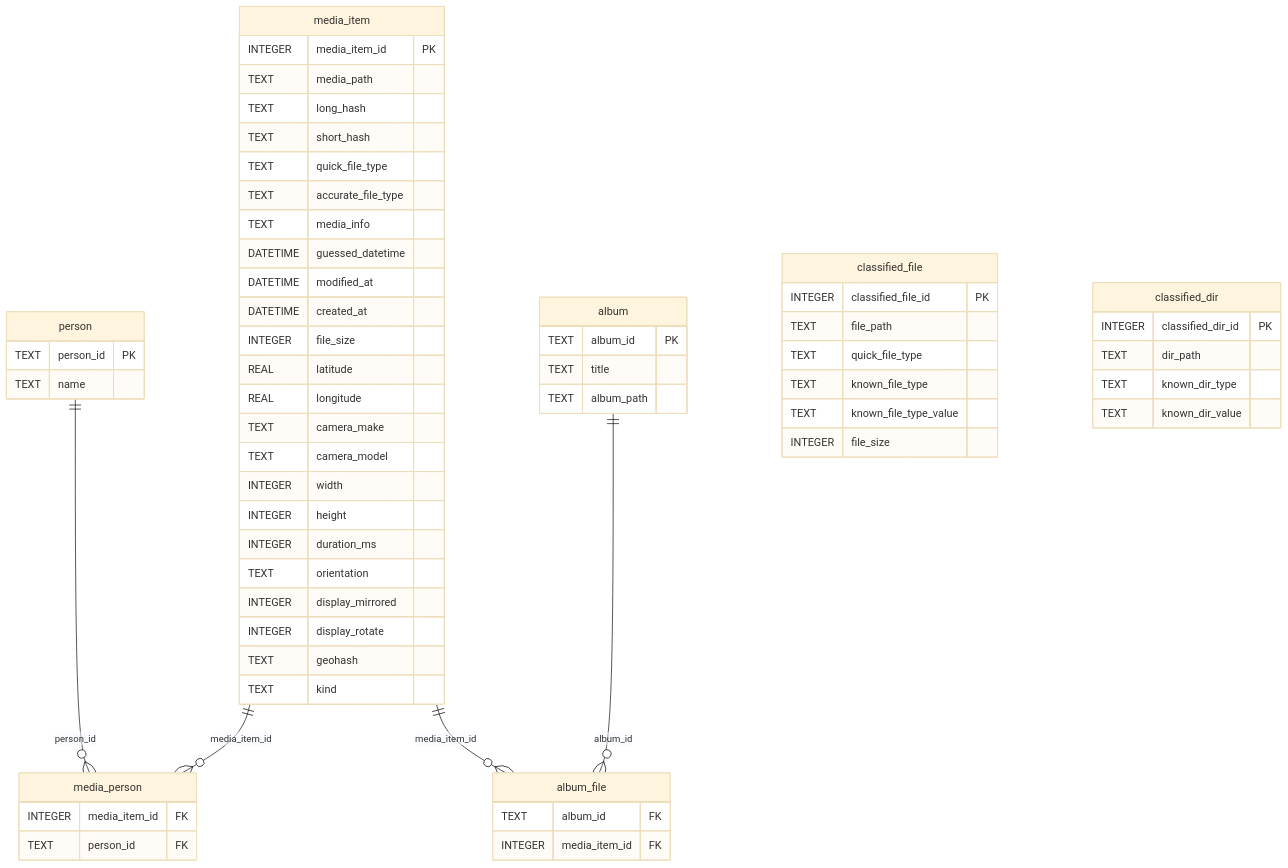
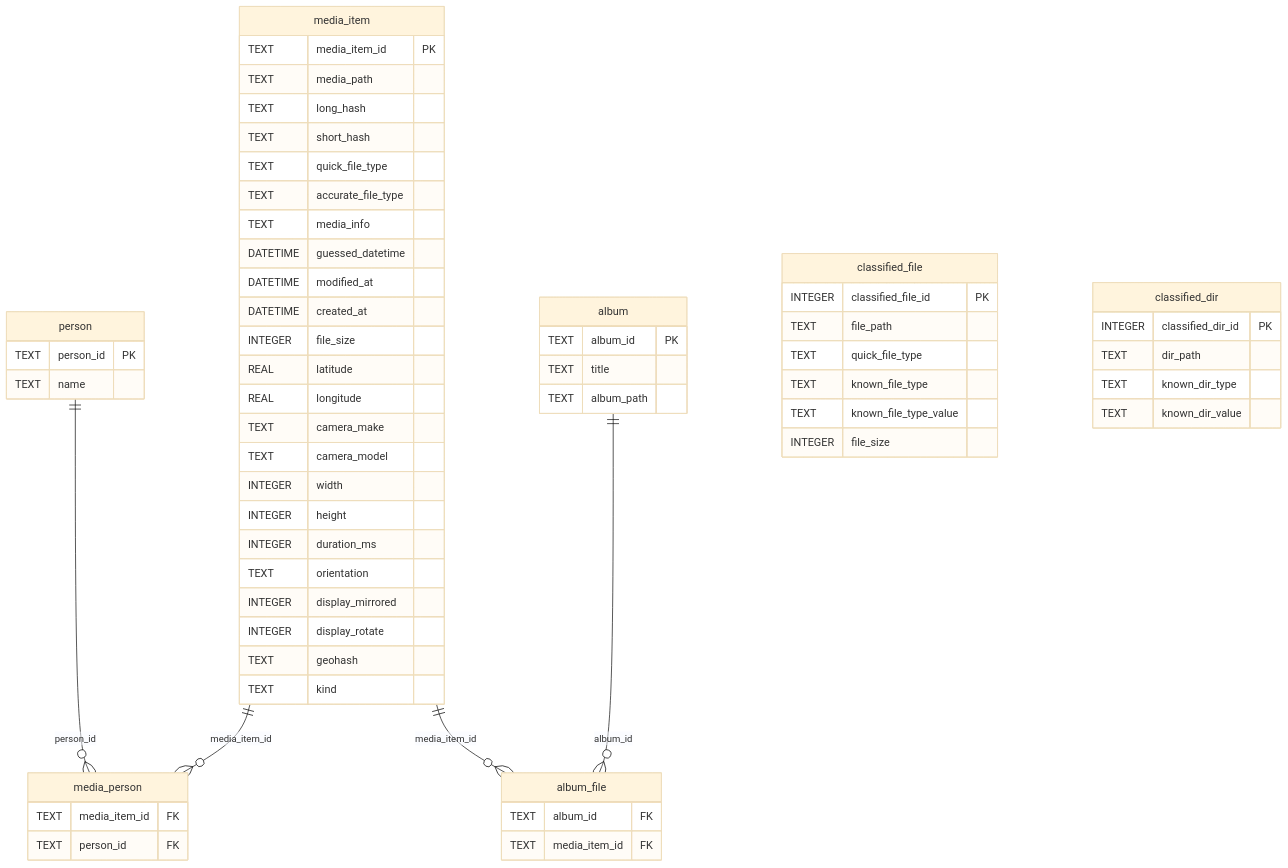
Before and after one commit to paultuckey/ptsync: the diagram in docs/db-schema.md, drawn with Mermaid (base theme). The commit also changed 4 other files, not shown here.

````diff
--- a/docs/db-schema.md
+++ b/docs/db-schema.md
@@ -6,63 +6,63 @@
 ```mermaid
 erDiagram
     media_item ||--o{ media_person : "media_item_id"
     person ||--o{ media_person : "person_id"
     album ||--o{ album_file : "album_id"
     media_item ||--o{ album_file : "media_item_id"
     media_item {
-        INTEGER media_item_id PK
+        TEXT media_item_id PK
         TEXT media_path
         TEXT long_hash
         TEXT short_hash
         TEXT quick_file_type
         TEXT accurate_file_type
         TEXT media_info
         DATETIME guessed_datetime
         DATETIME modified_at
         DATETIME created_at
         INTEGER file_size
         REAL latitude
         REAL longitude
         TEXT camera_make
         TEXT camera_model
         INTEGER width
         INTEGER height
         INTEGER duration_ms
         TEXT orientation
         INTEGER display_mirrored
         INTEGER display_rotate
         TEXT geohash
         TEXT kind
     }
     person {
         TEXT person_id PK
         TEXT name
     }
     media_person {
-        INTEGER media_item_id FK
+        TEXT media_item_id FK
         TEXT person_id FK
     }
     album {
         TEXT album_id PK
         TEXT title
         TEXT album_path
     }
     album_file {
         TEXT album_id FK
-        INTEGER media_item_id FK
+        TEXT media_item_id FK
     }
     classified_file {
         INTEGER classified_file_id PK
         TEXT file_path
         TEXT quick_file_type
         TEXT known_file_type
         TEXT known_file_type_value
         INTEGER file_size
     }
     classified_dir {
         INTEGER classified_dir_id PK
         TEXT dir_path
         TEXT known_dir_type
         TEXT known_dir_value
     }
 ```
````
